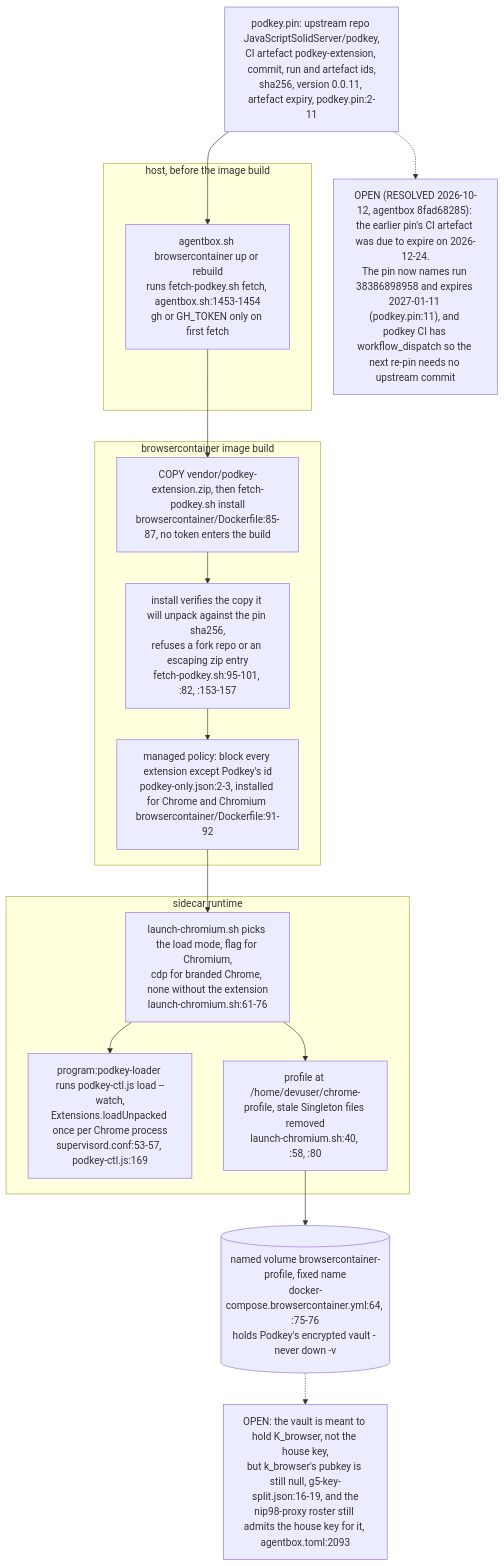
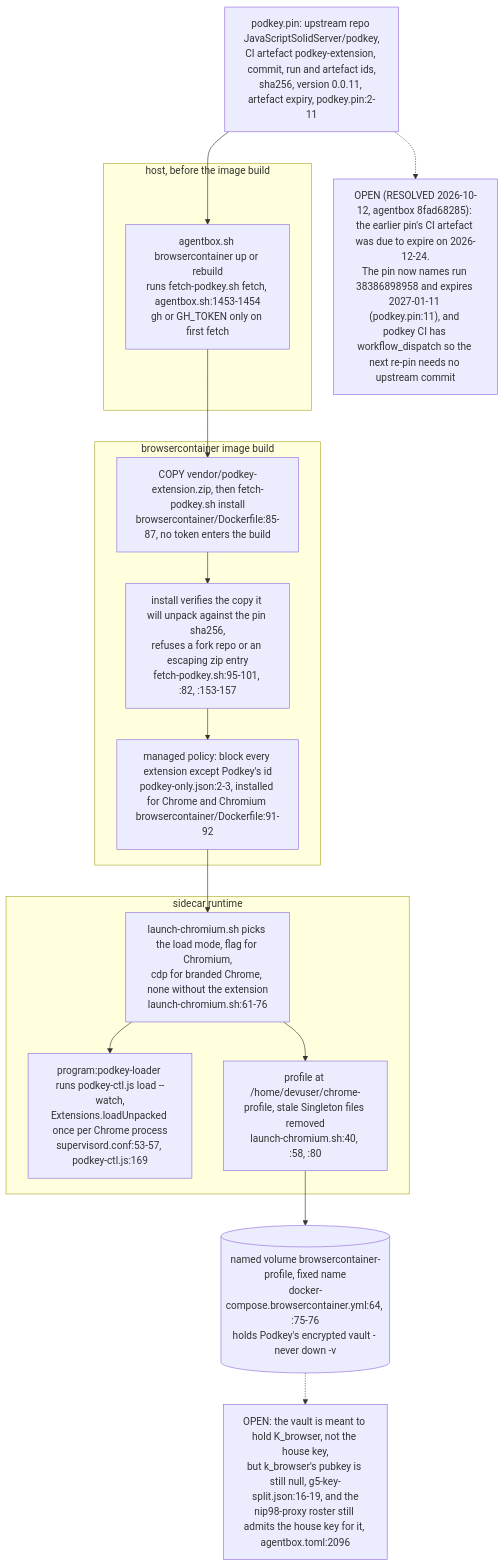
One commit to DreamLab-AI/VisionFlow changed diagram 12 of 14 in docs/diagrams/agentbox/06-sidecars-and-compose-overlays.md. Above: the diagram before and after it, drawn with Mermaid. The commit also changed other lines of this file and 142 other files, not shown here.

First line of the commit message:
docs(diagrams): one System One route; re-verify 140 topics at today's heads

````diff
--- a/docs/diagrams/agentbox/06-sidecars-and-compose-overlays.md
+++ b/docs/diagrams/agentbox/06-sidecars-and-compose-overlays.md
@@ -343,22 +347,22 @@
 ```mermaid
 flowchart TB
     PIN["podkey.pin: upstream repo JavaScriptSolidServer/podkey,<br/>CI artefact podkey-extension, commit, run and artefact ids,<br/>sha256, version 0.0.11, artefact expiry, podkey.pin:2-11"]
     subgraph HOST["host, before the image build"]
         F1["agentbox.sh browsercontainer up or rebuild<br/>runs fetch-podkey.sh fetch, agentbox.sh:1453-1454<br/>gh or GH_TOKEN only on first fetch"]
     end
     subgraph IMG["browsercontainer image build"]
         D1["COPY vendor/podkey-extension.zip, then fetch-podkey.sh install<br/>browsercontainer/Dockerfile:85-87, no token enters the build"]
         D2["install verifies the copy it will unpack against the pin sha256,<br/>refuses a fork repo or an escaping zip entry<br/>fetch-podkey.sh:95-101, :82, :153-157"]
         D3["managed policy: block every extension except Podkey's id<br/>podkey-only.json:2-3, installed for Chrome and Chromium browsercontainer/Dockerfile:91-92"]
     end
     subgraph RUN["sidecar runtime"]
         L1["launch-chromium.sh picks the load mode, flag for Chromium,<br/>cdp for branded Chrome, none without the extension<br/>launch-chromium.sh:61-76"]
         L2["program:podkey-loader runs podkey-ctl.js load --watch,<br/>Extensions.loadUnpacked once per Chrome process<br/>supervisord.conf:53-57, podkey-ctl.js:169"]
         L3["profile at /home/devuser/chrome-profile, stale Singleton files removed<br/>launch-chromium.sh:40, :58, :80"]
     end
     VOL[("named volume browsercontainer-profile, fixed name<br/>docker-compose.browsercontainer.yml:64, :75-76<br/>holds Podkey's encrypted vault - never down -v")]
     PIN --> F1 --> D1 --> D2 --> D3 --> L1 --> L2
     L1 --> L3 --> VOL
-    VOL -.-> OPEN1["OPEN: the vault is meant to hold K_browser, not the house key,<br/>but k_browser's pubkey is still null, g5-key-split.json:16-19, and the<br/>nip98-proxy roster still admits the house key for it, agentbox.toml:2093"]
+    VOL -.-> OPEN1["OPEN: the vault is meant to hold K_browser, not the house key,<br/>but k_browser's pubkey is still null, g5-key-split.json:16-19, and the<br/>nip98-proxy roster still admits the house key for it, agentbox.toml:2096"]
     PIN -.-> OPEN2["OPEN (RESOLVED 2026-10-12, agentbox 8fad68285): the earlier pin's CI artefact was due to expire on 2026-12-24.<br/>The pin now names run 38386898958 and expires 2027-01-11 (podkey.pin:11), and podkey CI has workflow_dispatch so the next re-pin needs no upstream commit"]
 ```
````
